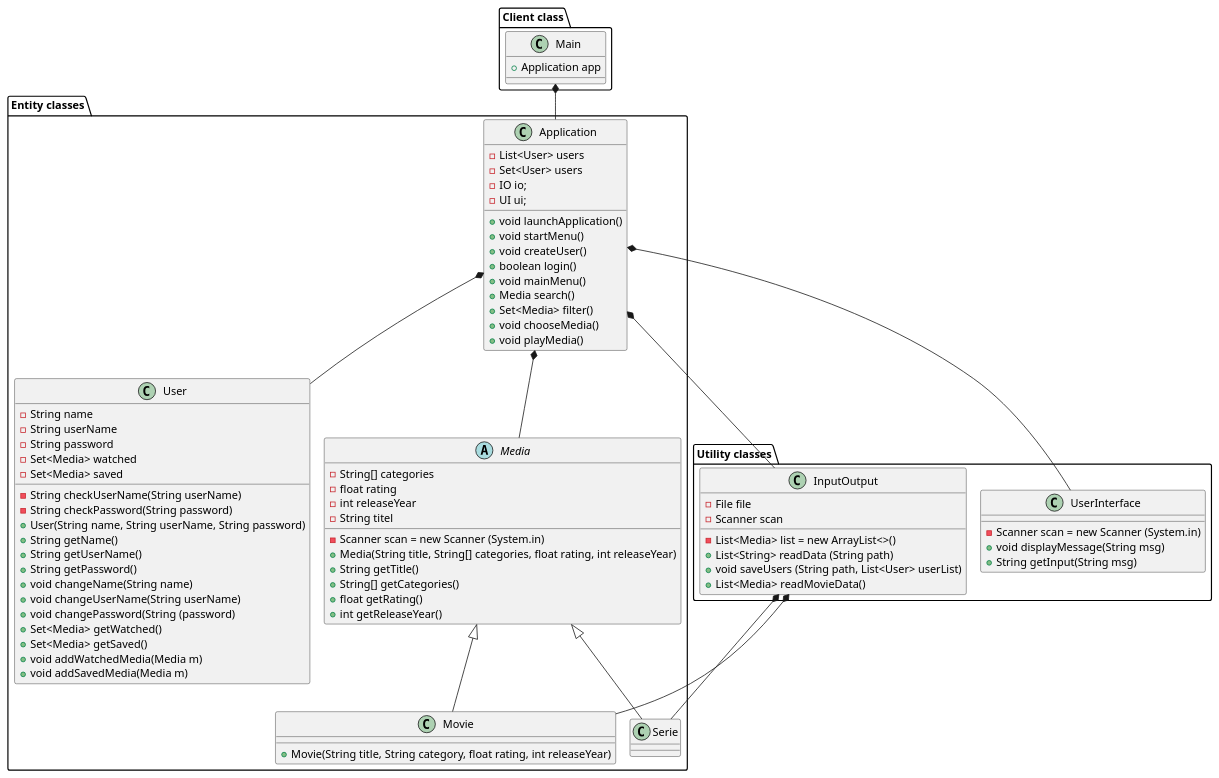
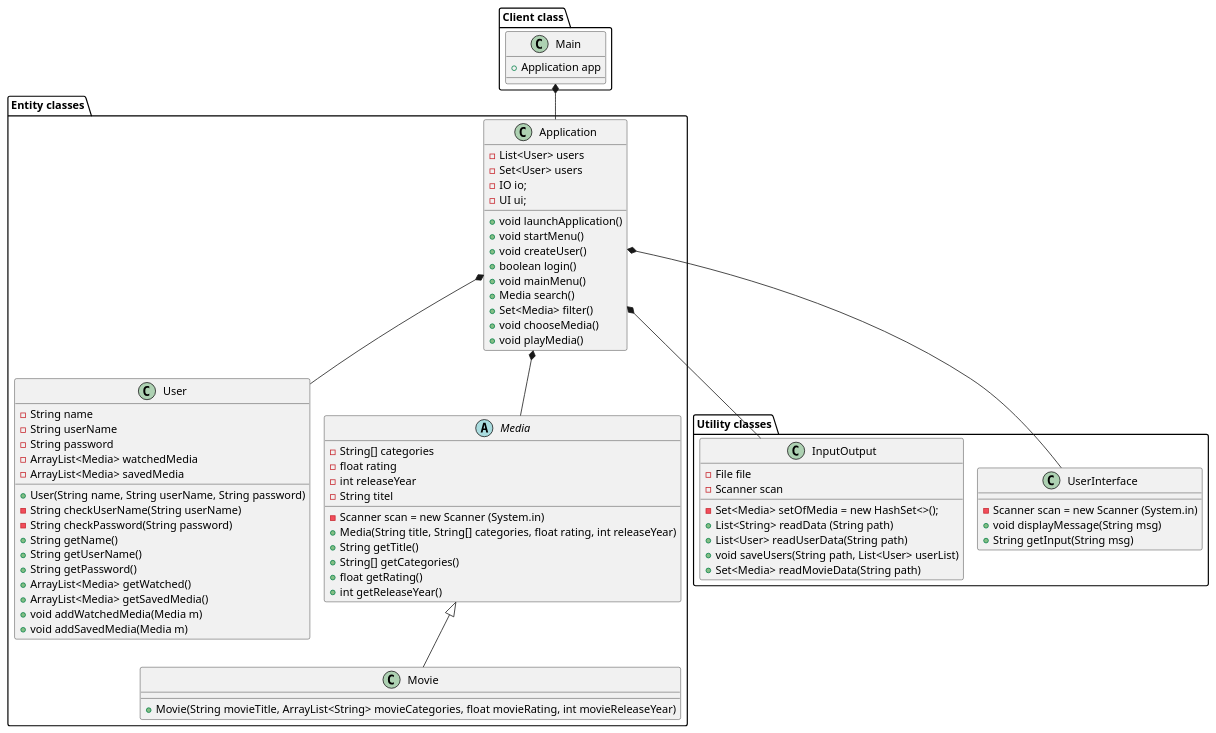
Before and after one commit to badranyoussef/SP3: the diagram in src/Documents/classDiagram.puml, drawn with PlantUML. The commit also changed 1 other file, not shown here.

```diff
--- a/src/Documents/classDiagram.puml
+++ b/src/Documents/classDiagram.puml
@@ -1,97 +1,92 @@
 @startuml
 'https://plantuml.com/class-diagram
 !pragma layout smetana
 
 'Client Package
 package "Client class"{
 class Main
 }
 
 'Utility Package
 package "Utility classes"{
 class UserInterface
 class InputOutput
 }
 
 'Entity Package
 package "Entity classes"{
 class Movie
-class Serie
 class Application
 class User
 abstract Media
 }
 
 'Label on Relations !MANGLER
 Application *-- UserInterface
 Application *-- InputOutput
 Application *-- User
 Application *-- Media
-Media <|-- Serie
 Media <|-- Movie
-InputOutput *-- Movie
-InputOutput *-- Serie
 Main *-- Application
 
 'Class Methods & Attributes
 Main : + Application app
 
 Application : - List<User> users
 Application : - Set<User> users
 Application : - IO io;
 Application : - UI ui;
 Application : + void launchApplication()
 Application : + void startMenu()
 Application : + void createUser()
 Application : + boolean login()
 Application : + void mainMenu()
 Application : + Media search()
 Application : + Set<Media> filter()
 Application : + void chooseMedia()
 Application : + void playMedia()
 
 User : - String name
 User : - String userName
 User : - String password
-User : - Set<Media> watched
-User : - Set<Media> saved
+User : - ArrayList<Media> watchedMedia
+User : - ArrayList<Media> savedMedia
+User : + User(String name, String userName, String password)
 User : - String checkUserName(String userName)
 User : - String checkPassword(String password)
-User : + User(String name, String userName, String password)
+
 User : + String getName()
 User : + String getUserName()
 User : + String getPassword()
-User : + void changeName(String name)
-User : + void changeUserName(String userName)
-User : + void changePassword(String (password)
-User : + Set<Media> getWatched()
-User : + Set<Media> getSaved()
+User : + ArrayList<Media> getWatched()
+User : + ArrayList<Media> getSavedMedia()
 User : + void addWatchedMedia(Media m)
 User : + void addSavedMedia(Media m)
 
-
 InputOutput : - File file
 InputOutput : - Scanner scan
-InputOutput : - List<Media> list = new ArrayList<>()
+InputOutput : - Set<Media> setOfMedia = new HashSet<>();
 InputOutput : + List<String> readData (String path)
-InputOutput : + void saveUsers (String path, List<User> userList)
-InputOutput : + List<Media> readMovieData()
+InputOutput : + List<User> readUserData(String path)
+InputOutput : + void saveUsers(String path, List<User> userList)
+InputOutput : + Set<Media> readMovieData(String path)
 
 UserInterface : - Scanner scan = new Scanner (System.in)
 UserInterface : + void displayMessage(String msg)
 UserInterface : + String getInput(String msg)
 
 Media : - Scanner scan = new Scanner (System.in)
 Media : - String[] categories
 Media : - float rating
 Media : - int releaseYear
 Media : - String titel
 Media : + Media(String title, String[] categories, float rating, int releaseYear)
 Media : + String getTitle()
 Media : + String[] getCategories()
 Media : + float getRating()
 Media : + int getReleaseYear()
 
-Movie : + Movie(String title, String category, float rating, int releaseYear)
+Movie : + Movie(String movieTitle, ArrayList<String> movieCategories, float movieRating, int movieReleaseYear)
+
 
 @enduml
```
